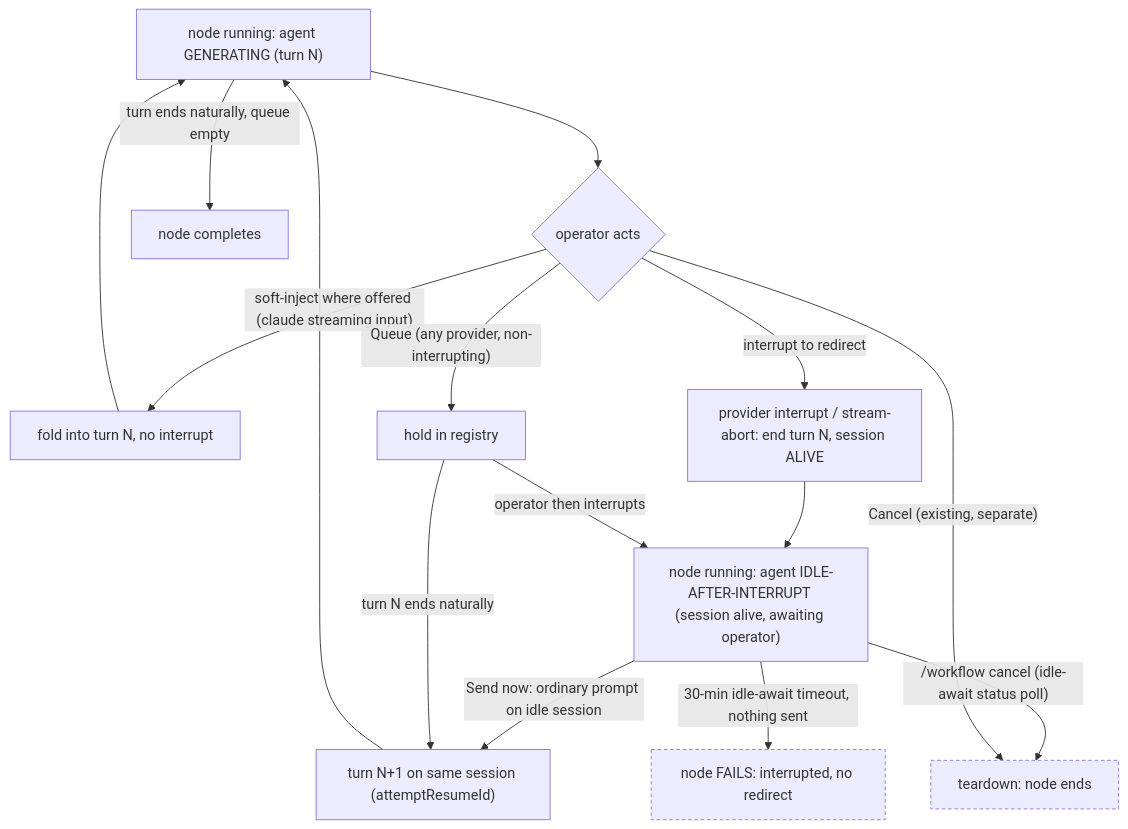
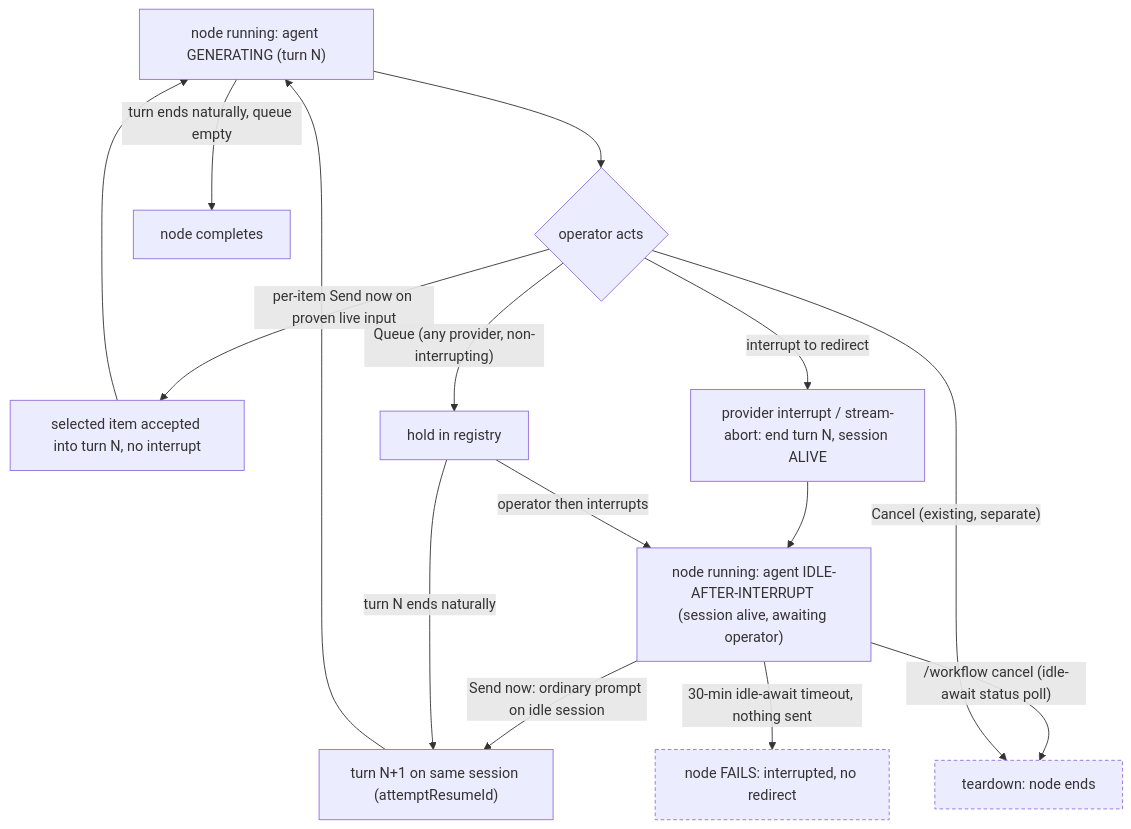
The second of 2 diagrams in _bmad-output/planning-artifacts/architecture/architecture-Archon-live-agent-steering-2026-09-12/ARCHITECTURE-SPINE.md (kevinle128/Archon), drawn with Mermaid before and after one commit. The commit also changed other lines of this file and 104 other files, not shown here.

````diff
--- a/_bmad-output/planning-artifacts/architecture/architecture-Archon-live-agent-steering-2026-09-12/ARCHITECTURE-SPINE.md
+++ b/_bmad-output/planning-artifacts/architecture/architecture-Archon-live-agent-steering-2026-09-12/ARCHITECTURE-SPINE.md
@@ -75,20 +87,20 @@
 ```mermaid
 flowchart TD
   GEN["node running: agent GENERATING (turn N)"] --> OP{"operator acts"}
-  OP -->|"soft-inject where offered (claude streaming input)"| INJ["fold into turn N, no interrupt"]
+  OP -->|"per-item Send now on proven live input"| INJ["selected item accepted into turn N, no interrupt"]
   OP -->|"Queue (any provider, non-interrupting)"| Q["hold in registry"]
   OP -->|"interrupt to redirect"| INT["provider interrupt / stream-abort: end turn N, session ALIVE"]
   INJ --> GEN
   INT --> IDLE["node running: agent IDLE-AFTER-INTERRUPT (session alive, awaiting operator)"]
   IDLE -->|"Send now: ordinary prompt on idle session"| NEXT["turn N+1 on same session (attemptResumeId)"]
   IDLE -->|"30-min idle-await timeout, nothing sent"| FAIL["node FAILS: interrupted, no redirect"]
   IDLE -->|"/workflow cancel (idle-await status poll)"| KILL
   Q -->|"turn N ends naturally"| NEXT
   Q -->|"operator then interrupts"| IDLE
   NEXT --> GEN
   GEN -->|"turn ends naturally, queue empty"| DONE["node completes"]
   OP -->|"Cancel (existing, separate)"| KILL["teardown: node ends"]
   KILL:::bad
   FAIL:::bad
   classDef bad stroke-dasharray: 4 3
 ```
````
